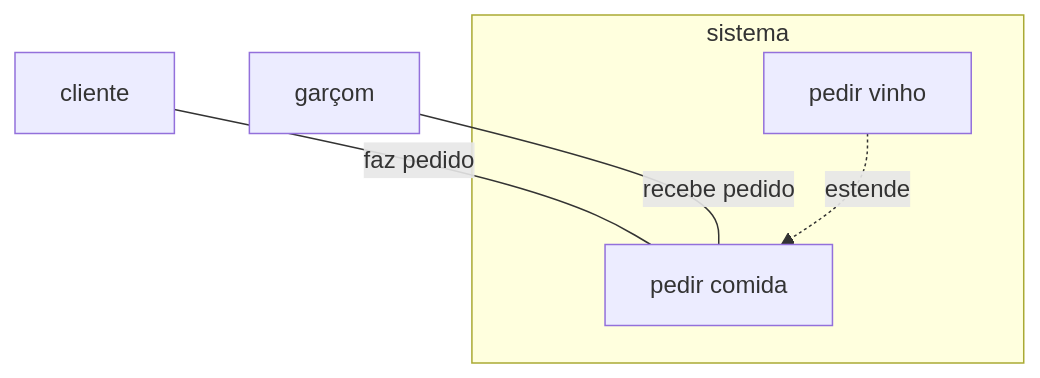
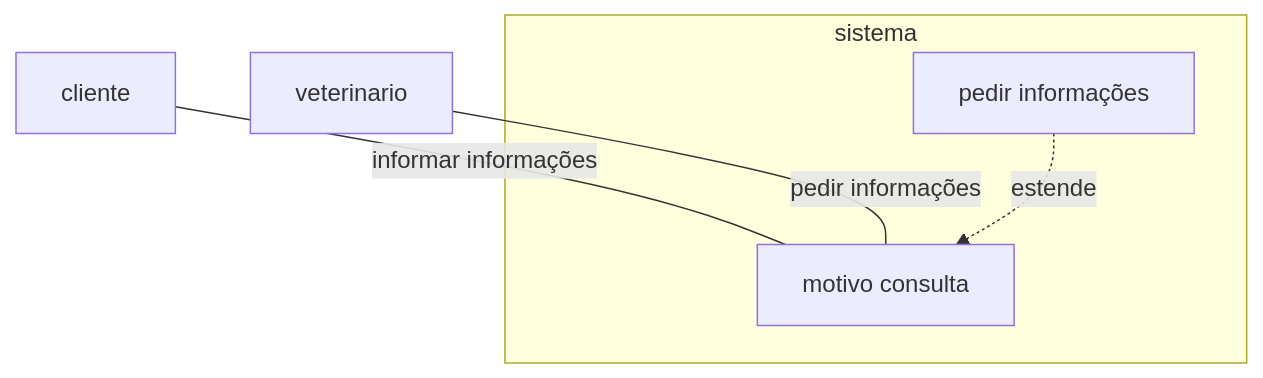
The first of 2 diagrams in README.md (Maysa76/trabalho-engenharia-software-2026), drawn with Mermaid before and after one commit.

Commit message:
Update flowchart in README.md for veterinary context

````diff
--- a/README.md
+++ b/README.md
@@ -11,18 +11,18 @@
 ```mermaid
 flowchart TD
     %% atores
    cliente["cliente"]
-   garçom["garçom"]
+   veterinario["veterinario"]
 
     %% ações
     subgraph sistema
-        comida["pedir comida"]
-        vinho["pedir vinho"]
+        informações["motivo consulta"]
+        motivo["pedir informações"]
     end
 
     %% relacionamento
-    cliente -- "faz pedido" --- comida
-    garçom -- "recebe pedido" --- comida
+    cliente -- "informar informações" --- informações
+    veterinario-- "pedir informações" --- informações
 
-    vinho -. "estende" .-> comida
+    motivo-. "estende" .-> informações
 ```
````
